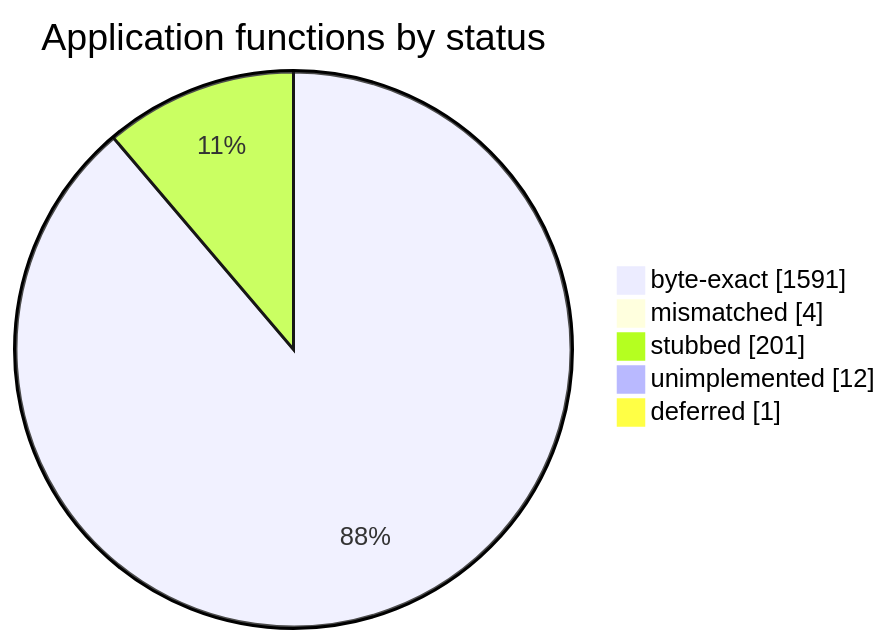
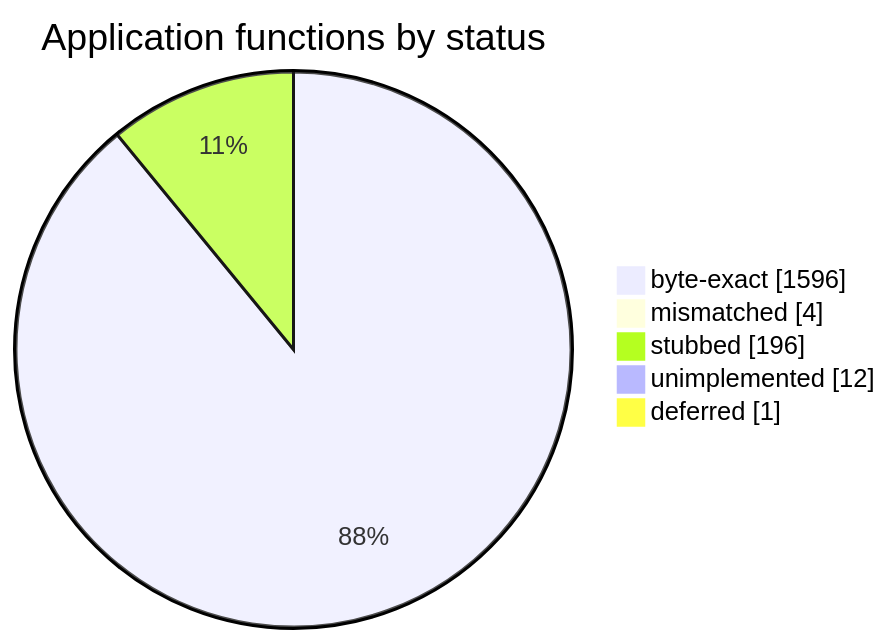
One commit to sorokya/eos changed the diagram in README.md. Above: the diagram before and after it, drawn with Mermaid. The commit also changed other lines of this file and 5 other files, not shown here.

````diff
--- a/README.md
+++ b/README.md
@@ -152,9 +152,9 @@
 ```mermaid
 pie showData
     title Application functions by status
-    "byte-exact" : 1591
+    "byte-exact" : 1596
     "mismatched" : 4
-    "stubbed" : 201
+    "stubbed" : 196
     "unimplemented" : 12
     "deferred" : 1
 ```
````
